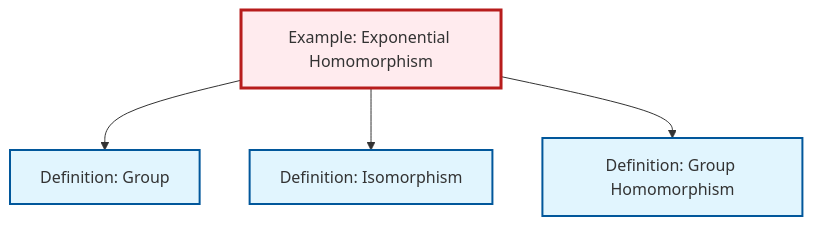
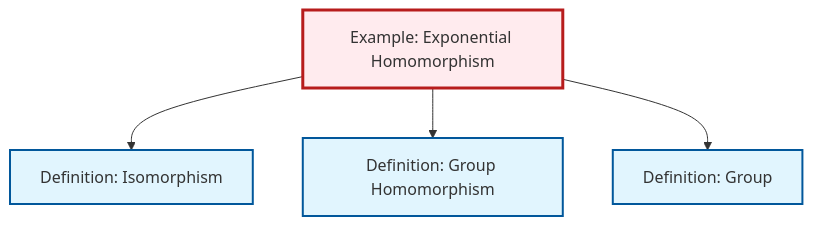
Before and after one commit to RK0429/ModernMath: the diagram in content/en/algebra/ex-exponential-homomorphism.qmd, drawn with Mermaid. The commit also changed other lines of this file and 1012 other files, not shown here.

````diff
--- a/content/en/algebra/ex-exponential-homomorphism.qmd
+++ b/content/en/algebra/ex-exponential-homomorphism.qmd
@@ -45,20 +45,20 @@
 ```{mermaid}
 %%| fig-cap: "Local dependency graph"
 graph TD
     classDef definition fill:#e1f5fe,stroke:#01579b,stroke-width:2px
     classDef theorem fill:#f3e5f5,stroke:#4a148c,stroke-width:2px
     classDef axiom fill:#fff3e0,stroke:#e65100,stroke-width:2px
     classDef example fill:#e8f5e9,stroke:#1b5e20,stroke-width:2px
     classDef current fill:#ffebee,stroke:#b71c1c,stroke-width:3px
+    def-homomorphism["Definition: Group Homomorphism"]:::definition
     ex-exponential-homomorphism["Example: Exponential Homomorphism"]:::example
-    def-homomorphism["Definition: Group Homomorphism"]:::definition
+    def-group["Definition: Group"]:::definition
     def-isomorphism["Definition: Isomorphism"]:::definition
-    def-group["Definition: Group"]:::definition
-    ex-exponential-homomorphism --> def-group
     ex-exponential-homomorphism --> def-isomorphism
     ex-exponential-homomorphism --> def-homomorphism
+    ex-exponential-homomorphism --> def-group
     class ex-exponential-homomorphism current
     click def-homomorphism "def-homomorphism.html" "Go to Group Homomorphism definition"
+    click def-group "def-group.html" "Go to Group definition"
     click def-isomorphism "def-isomorphism.html" "Go to Isomorphism definition"
-    click def-group "def-group.html" "Go to Group definition"
 ```
````
